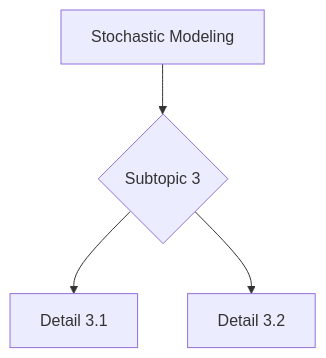
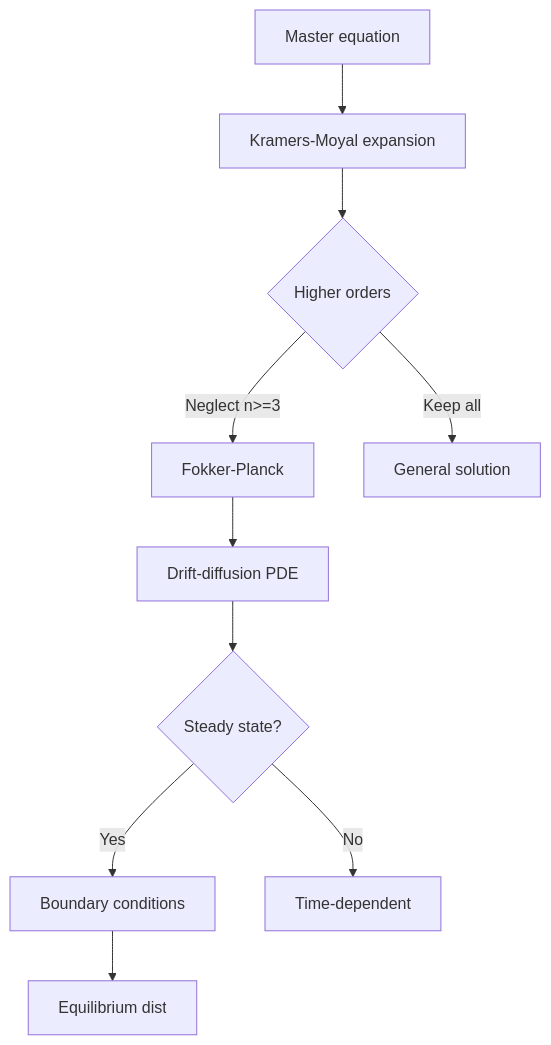
One commit to yip-lgtm/PhysicsSelfStudy changed the seventh of 10 diagrams in 02_MSc_DataDriven_Modeling/core_courses/MSDM_5003/README.md. Above: the diagram before and after it, drawn with Mermaid. The commit also changed other lines of this file and 21 other files, not shown here.

````diff
--- a/02_MSc_DataDriven_Modeling/core_courses/MSDM_5003/README.md
+++ b/02_MSc_DataDriven_Modeling/core_courses/MSDM_5003/README.md
@@ -275,6 +568,12 @@
 ```mermaid
 graph TD
-    A[Stochastic Modeling] --> B{Subtopic 3}
-    B --> C[Detail 3.1]
-    B --> D[Detail 3.2]
+    A[Master equation] --> B[Kramers-Moyal expansion]
+    B --> C{Higher orders}
+    C -->|Neglect n>=3| D[Fokker-Planck]
+    C -->|Keep all| E[General solution]
+    D --> F[Drift-diffusion PDE]
+    F --> G{Steady state?}
+    G -->|Yes| H[Boundary conditions]
+    G -->|No| I[Time-dependent]
+    H --> J[Equilibrium dist]
 ```
````
